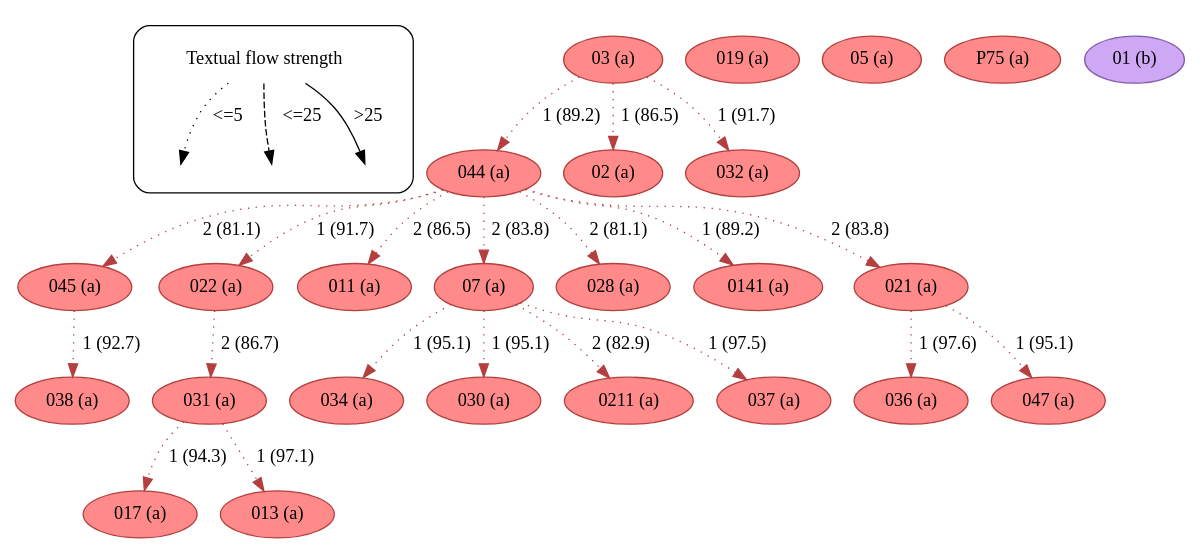
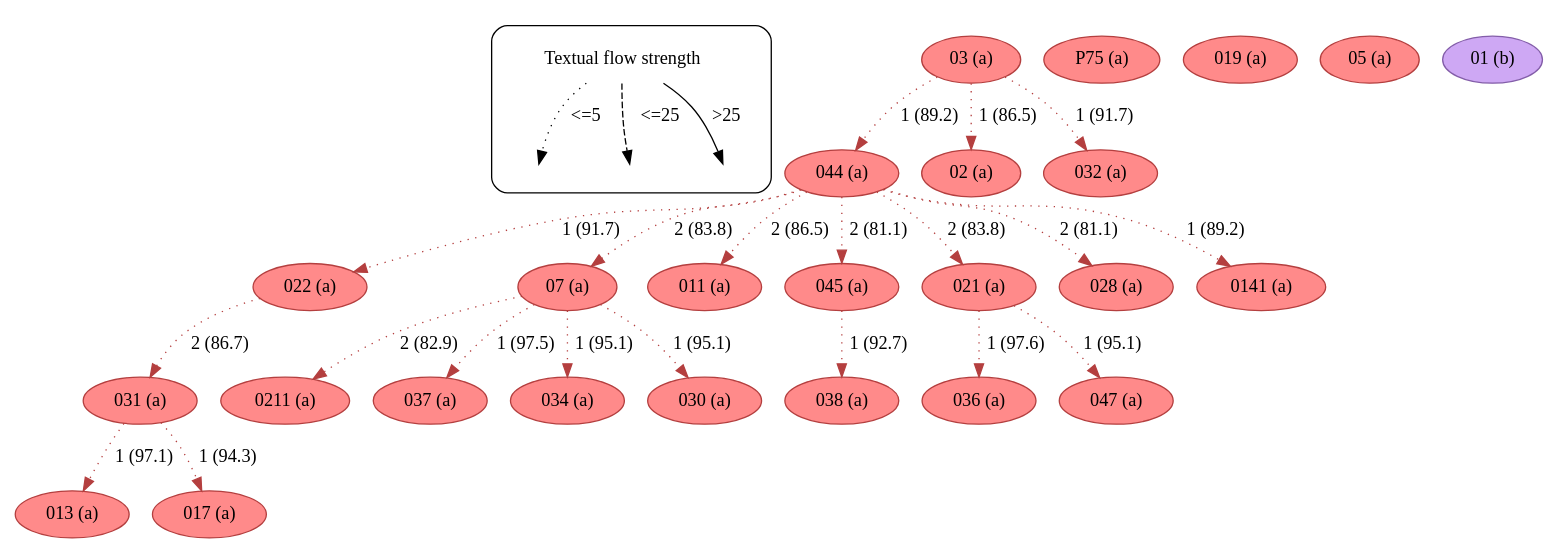
The diagram in example/c2/textual_flow_24_28_c2.dot (edmondac/CBGM), drawn with Graphviz before and after one commit. The commit also changed other lines of this file and 800 other files, not shown here.

```diff
--- a/example/c2/textual_flow_24_28_c2.dot
+++ b/example/c2/textual_flow_24_28_c2.dot
@@ -1,186 +1,186 @@
 strict digraph  {
 	node [label="\N"];
 	subgraph cluster_legend {
 		graph [style=rounded];
 		leg_s		 [label="Textual flow strength",
 			shape=plaintext];
 		leg_e1		 [fixedsize=True,
 			height=0.2,
 			label="",
 			style=invis];
 		leg_s -> leg_e1		 [label="<=5  ",
 			style=dotted];
 		leg_e2		 [fixedsize=True,
 			height=0.2,
 			label="",
 			style=invis];
 		leg_s -> leg_e2		 [label="  <=25",
 			style=dashed];
 		leg_e3		 [fixedsize=True,
 			height=0.2,
 			label="",
 			style=invis];
 		leg_s -> leg_e3		 [label=">25",
 			style=solid];
 	}
+	044	 [color="#b43f3f",
+		fillcolor="#FF8A8A",
+		label="044 (a)",
+		style=filled];
+	022	 [color="#b43f3f",
+		fillcolor="#FF8A8A",
+		label="022 (a)",
+		style=filled];
+	044 -> 022	 [color="#b43f3f",
+		label="1 (91.7)",
+		style=dotted];
+	07	 [color="#b43f3f",
+		fillcolor="#FF8A8A",
+		label="07 (a)",
+		style=filled];
+	044 -> 07	 [color="#b43f3f",
+		label="2 (83.8)",
+		style=dotted];
+	011	 [color="#b43f3f",
+		fillcolor="#FF8A8A",
+		label="011 (a)",
+		style=filled];
+	044 -> 011	 [color="#b43f3f",
+		label="2 (86.5)",
+		style=dotted];
+	045	 [color="#b43f3f",
+		fillcolor="#FF8A8A",
+		label="045 (a)",
+		style=filled];
+	044 -> 045	 [color="#b43f3f",
+		label="2 (81.1)",
+		style=dotted];
+	021	 [color="#b43f3f",
+		fillcolor="#FF8A8A",
+		label="021 (a)",
+		style=filled];
+	044 -> 021	 [color="#b43f3f",
+		label="2 (83.8)",
+		style=dotted];
+	028	 [color="#b43f3f",
+		fillcolor="#FF8A8A",
+		label="028 (a)",
+		style=filled];
+	044 -> 028	 [color="#b43f3f",
+		label="2 (81.1)",
+		style=dotted];
+	0141	 [color="#b43f3f",
+		fillcolor="#FF8A8A",
+		label="0141 (a)",
+		style=filled];
+	044 -> 0141	 [color="#b43f3f",
+		label="1 (89.2)",
+		style=dotted];
+	031	 [color="#b43f3f",
+		fillcolor="#FF8A8A",
+		label="031 (a)",
+		style=filled];
+	022 -> 031	 [color="#b43f3f",
+		label="2 (86.7)",
+		style=dotted];
+	013	 [color="#b43f3f",
+		fillcolor="#FF8A8A",
+		label="013 (a)",
+		style=filled];
+	031 -> 013	 [color="#b43f3f",
+		label="1 (97.1)",
+		style=dotted];
+	017	 [color="#b43f3f",
+		fillcolor="#FF8A8A",
+		label="017 (a)",
+		style=filled];
+	031 -> 017	 [color="#b43f3f",
+		label="1 (94.3)",
+		style=dotted];
 	03	 [color="#b43f3f",
 		fillcolor="#FF8A8A",
 		label="03 (a)",
-		style=filled];
-	044	 [color="#b43f3f",
-		fillcolor="#FF8A8A",
-		label="044 (a)",
 		style=filled];
 	03 -> 044	 [color="#b43f3f",
 		label="1 (89.2)",
 		style=dotted];
 	02	 [color="#b43f3f",
 		fillcolor="#FF8A8A",
 		label="02 (a)",
 		style=filled];
 	03 -> 02	 [color="#b43f3f",
 		label="1 (86.5)",
 		style=dotted];
 	032	 [color="#b43f3f",
 		fillcolor="#FF8A8A",
 		label="032 (a)",
 		style=filled];
 	03 -> 032	 [color="#b43f3f",
 		label="1 (91.7)",
 		style=dotted];
-	045	 [color="#b43f3f",
+	0211	 [color="#b43f3f",
 		fillcolor="#FF8A8A",
-		label="045 (a)",
+		label="0211 (a)",
 		style=filled];
-	044 -> 045	 [color="#b43f3f",
-		label="2 (81.1)",
+	07 -> 0211	 [color="#b43f3f",
+		label="2 (82.9)",
 		style=dotted];
-	022	 [color="#b43f3f",
+	037	 [color="#b43f3f",
 		fillcolor="#FF8A8A",
-		label="022 (a)",
+		label="037 (a)",
 		style=filled];
-	044 -> 022	 [color="#b43f3f",
-		label="1 (91.7)",
-		style=dotted];
-	011	 [color="#b43f3f",
-		fillcolor="#FF8A8A",
-		label="011 (a)",
-		style=filled];
-	044 -> 011	 [color="#b43f3f",
-		label="2 (86.5)",
-		style=dotted];
-	07	 [color="#b43f3f",
-		fillcolor="#FF8A8A",
-		label="07 (a)",
-		style=filled];
-	044 -> 07	 [color="#b43f3f",
-		label="2 (83.8)",
-		style=dotted];
-	028	 [color="#b43f3f",
-		fillcolor="#FF8A8A",
-		label="028 (a)",
-		style=filled];
-	044 -> 028	 [color="#b43f3f",
-		label="2 (81.1)",
-		style=dotted];
-	0141	 [color="#b43f3f",
-		fillcolor="#FF8A8A",
-		label="0141 (a)",
-		style=filled];
-	044 -> 0141	 [color="#b43f3f",
-		label="1 (89.2)",
-		style=dotted];
-	021	 [color="#b43f3f",
-		fillcolor="#FF8A8A",
-		label="021 (a)",
-		style=filled];
-	044 -> 021	 [color="#b43f3f",
-		label="2 (83.8)",
-		style=dotted];
-	038	 [color="#b43f3f",
-		fillcolor="#FF8A8A",
-		label="038 (a)",
-		style=filled];
-	045 -> 038	 [color="#b43f3f",
-		label="1 (92.7)",
-		style=dotted];
-	031	 [color="#b43f3f",
-		fillcolor="#FF8A8A",
-		label="031 (a)",
-		style=filled];
-	022 -> 031	 [color="#b43f3f",
-		label="2 (86.7)",
-		style=dotted];
-	017	 [color="#b43f3f",
-		fillcolor="#FF8A8A",
-		label="017 (a)",
-		style=filled];
-	031 -> 017	 [color="#b43f3f",
-		label="1 (94.3)",
-		style=dotted];
-	013	 [color="#b43f3f",
-		fillcolor="#FF8A8A",
-		label="013 (a)",
-		style=filled];
-	031 -> 013	 [color="#b43f3f",
-		label="1 (97.1)",
+	07 -> 037	 [color="#b43f3f",
+		label="1 (97.5)",
 		style=dotted];
 	034	 [color="#b43f3f",
 		fillcolor="#FF8A8A",
 		label="034 (a)",
 		style=filled];
 	07 -> 034	 [color="#b43f3f",
 		label="1 (95.1)",
 		style=dotted];
 	030	 [color="#b43f3f",
 		fillcolor="#FF8A8A",
 		label="030 (a)",
 		style=filled];
 	07 -> 030	 [color="#b43f3f",
 		label="1 (95.1)",
 		style=dotted];
-	0211	 [color="#b43f3f",
+	038	 [color="#b43f3f",
 		fillcolor="#FF8A8A",
-		label="0211 (a)",
+		label="038 (a)",
 		style=filled];
-	07 -> 0211	 [color="#b43f3f",
-		label="2 (82.9)",
-		style=dotted];
-	037	 [color="#b43f3f",
-		fillcolor="#FF8A8A",
-		label="037 (a)",
-		style=filled];
-	07 -> 037	 [color="#b43f3f",
-		label="1 (97.5)",
+	045 -> 038	 [color="#b43f3f",
+		label="1 (92.7)",
 		style=dotted];
 	036	 [color="#b43f3f",
 		fillcolor="#FF8A8A",
 		label="036 (a)",
 		style=filled];
 	021 -> 036	 [color="#b43f3f",
 		label="1 (97.6)",
 		style=dotted];
 	047	 [color="#b43f3f",
 		fillcolor="#FF8A8A",
 		label="047 (a)",
 		style=filled];
 	021 -> 047	 [color="#b43f3f",
 		label="1 (95.1)",
 		style=dotted];
+	P75	 [color="#b43f3f",
+		fillcolor="#FF8A8A",
+		label="P75 (a)",
+		style=filled];
 	019	 [color="#b43f3f",
 		fillcolor="#FF8A8A",
 		label="019 (a)",
 		style=filled];
 	05	 [color="#b43f3f",
 		fillcolor="#FF8A8A",
 		label="05 (a)",
 		style=filled];
-	P75	 [color="#b43f3f",
-		fillcolor="#FF8A8A",
-		label="P75 (a)",
-		style=filled];
 	01	 [color="#835da9",
 		fillcolor="#CEA8F4",
 		label="01 (b)",
 		style=filled];
 }
```
